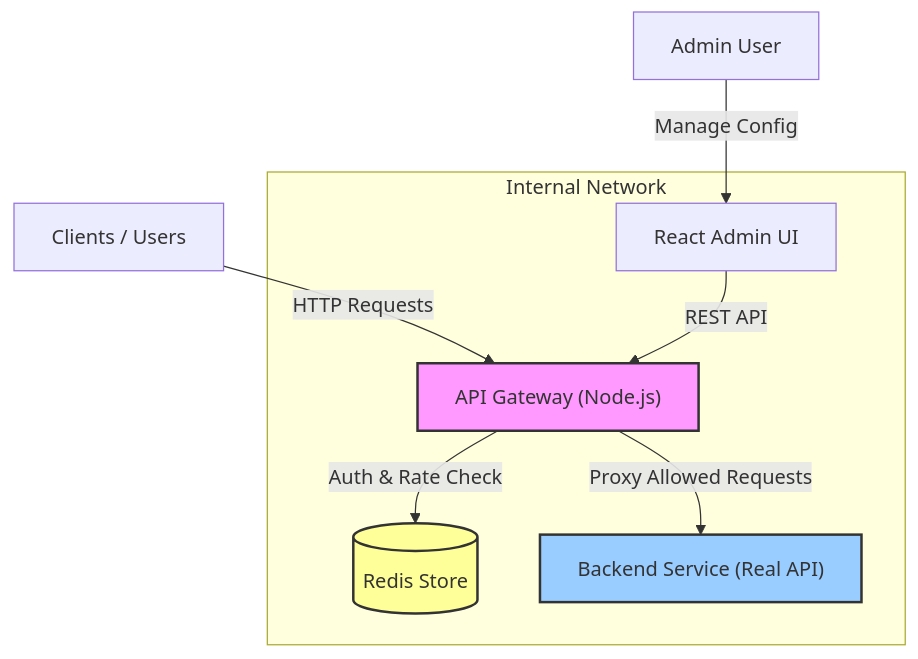
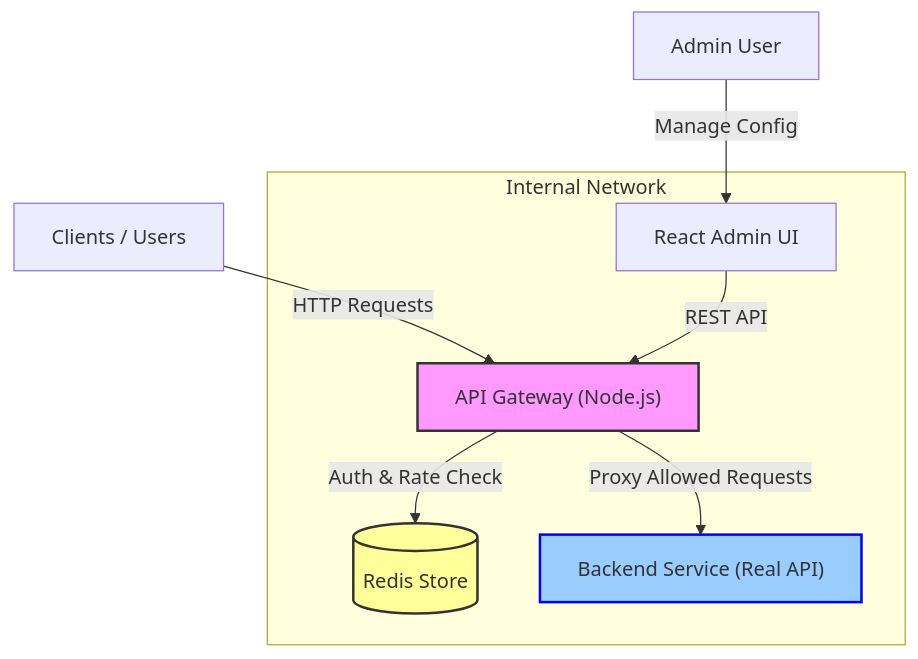
One commit to Tuhin810/api-rate-limiting-gateway changed the first of 3 diagrams in README.md. Above: the diagram before and after it, drawn with Mermaid.

Commit message:
docs: Update backend stroke stroke color to blue in README architecture diagram.

````diff
--- a/README.md
+++ b/README.md
@@ -12,15 +12,15 @@
 ```mermaid
 graph TD
     User["Clients / Users"] -->|HTTP Requests| Gateway["API Gateway (Node.js)"]
     Admin["Admin User"] -->|Manage Config| AdminUI["React Admin UI"]
     
     subgraph "Internal Network"
     Gateway -->|Auth & Rate Check| Redis[("Redis Store")]
     Gateway -->|Proxy Allowed Requests| Backend["Backend Service (Real API)"]
     AdminUI -->|REST API| Gateway
     end
     
     style Gateway fill:#f9f,stroke:#333,stroke-width:2px
     style Redis fill:#ff9,stroke:#333,stroke-width:2px
-    style Backend fill:#9cf,stroke:#333,stroke-width:2px
+    style Backend fill:#9cf,stroke:blue,stroke-width:2px
 ```
````
